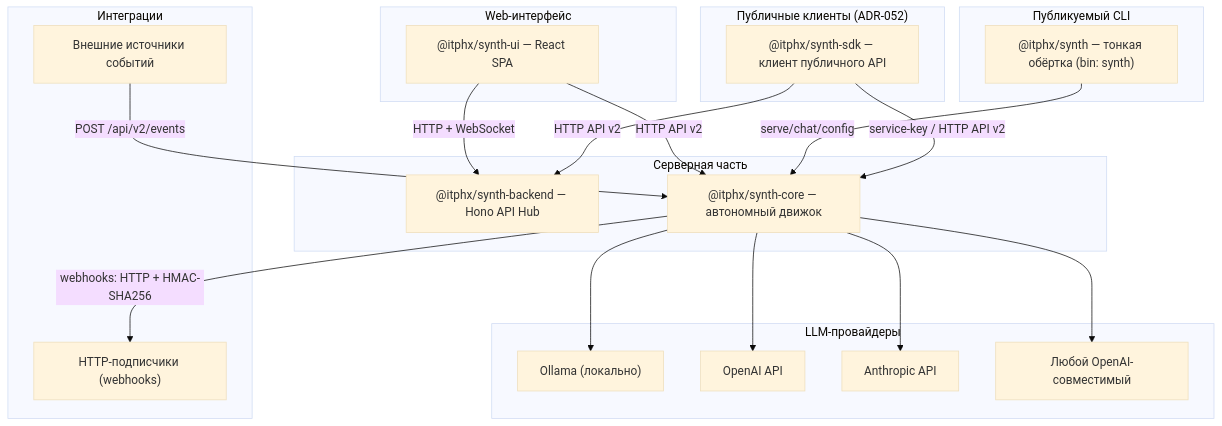
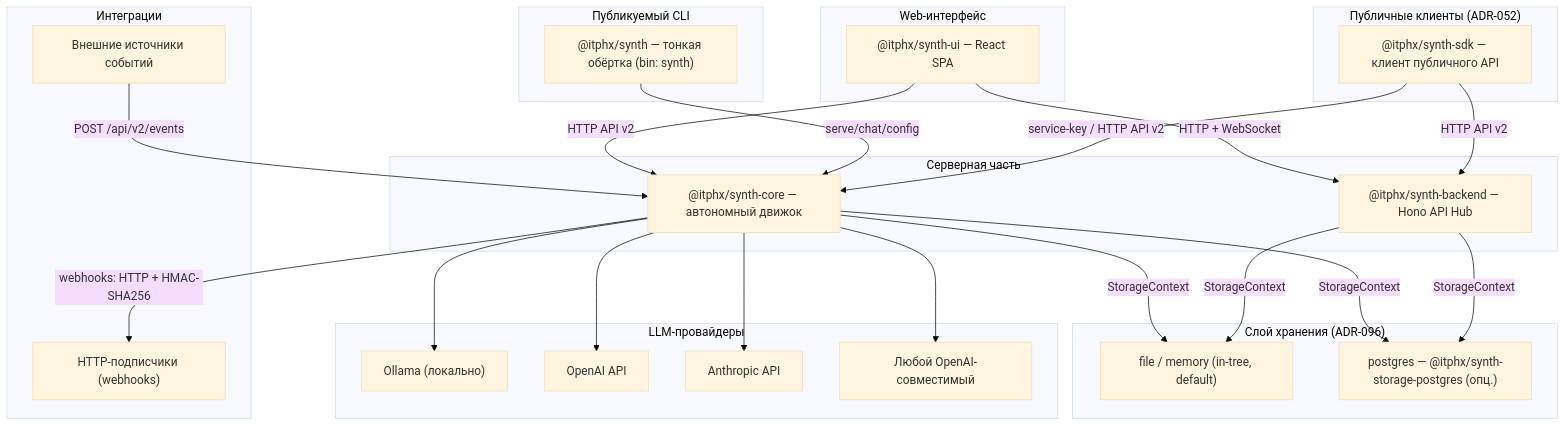
One commit to itphx/synth changed the first of 2 diagrams in docs/ARCHITECTURE.md. Above: the diagram before and after it, drawn with Mermaid (base theme). The commit also changed other lines of this file and 23 other files, not shown here.

First line of the commit message:
docs: ADR-099, ADR-098 и документация postgres/TLS/деградации

````diff
--- a/docs/ARCHITECTURE.md
+++ b/docs/ARCHITECTURE.md
@@ -28,47 +29,57 @@
 ```mermaid
 flowchart TB
     subgraph UI["Web-интерфейс"]
         synth_ui["@itphx/synth-ui — React SPA"]
     end
 
     subgraph Server["Серверная часть"]
         synth_backend["@itphx/synth-backend — Hono API Hub"]
         synth_core["@itphx/synth-core — автономный движок"]
     end
 
     subgraph CLI["Публикуемый CLI"]
         synth_cli["@itphx/synth — тонкая обёртка (bin: synth)"]
     end
 
     subgraph LLM["LLM-провайдеры"]
         ollama["Ollama (локально)"]
         openai["OpenAI API"]
         anthropic["Anthropic API"]
         providers["Любой OpenAI-совместимый"]
     end
 
     subgraph PublicClients["Публичные клиенты (ADR-052)"]
         synth_sdk["@itphx/synth-sdk — клиент публичного API"]
     end
 
+    subgraph Storage["Слой хранения (ADR-096)"]
+        storage_file["file / memory (in-tree, default)"]
+        storage_pg["postgres — @itphx/synth-storage-postgres (опц.)"]
+    end
+
     subgraph Integrations["Интеграции"]
         event_sources["Внешние источники событий"]
         webhook_targets["HTTP-подписчики (webhooks)"]
     end
 
     synth_ui -->|HTTP + WebSocket| synth_backend
     synth_ui -->|HTTP API v2| synth_core
 
     synth_cli -->|serve/chat/config| synth_core
 
     synth_core --> ollama
     synth_core --> openai
     synth_core --> anthropic
     synth_core --> providers
 
     event_sources -->|POST /api/v2/events| synth_core
     synth_core -->|webhooks: HTTP + HMAC-SHA256| webhook_targets
 
     synth_sdk -->|service-key / HTTP API v2| synth_core
     synth_sdk -->|HTTP API v2| synth_backend
+
+    synth_core -->|StorageContext| storage_file
+    synth_core -->|StorageContext| storage_pg
+    synth_backend -->|StorageContext| storage_file
+    synth_backend -->|StorageContext| storage_pg
 ```
````
